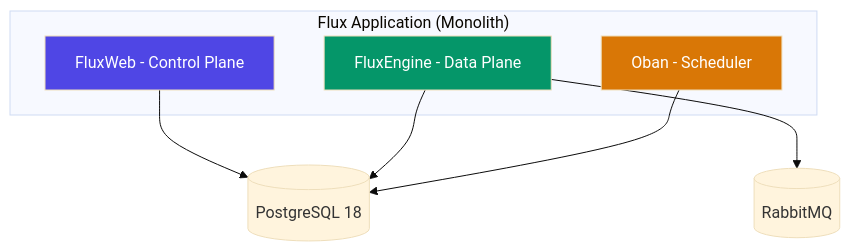
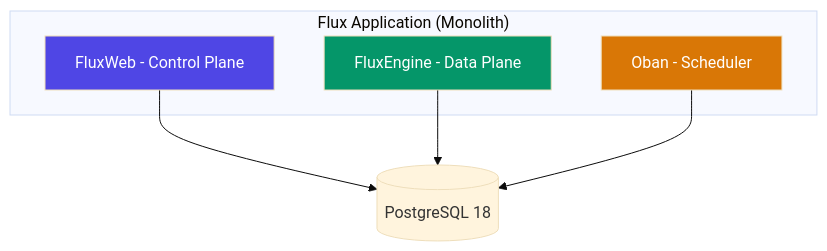
One commit to Mossa-Labs/flux changed the first of 2 diagrams in docs/operator_manual.md. Above: the diagram before and after it, drawn with Mermaid (base theme). The commit also changed other lines of this file and 38 other files, not shown here.

````diff
--- a/docs/operator_manual.md
+++ b/docs/operator_manual.md
@@ -286,17 +233,16 @@
 ```mermaid
 graph TB
     subgraph "Flux Application (Monolith)"
         WEB[FluxWeb - Control Plane]
         ENGINE[FluxEngine - Data Plane]
         OBAN[Oban - Scheduler]
     end
 
     WEB --> DB[(PostgreSQL 18)]
     ENGINE --> DB
     OBAN --> DB
-    ENGINE --> MQ[(RabbitMQ)]
 
     style WEB fill:#4f46e5,color:#fff
     style ENGINE fill:#059669,color:#fff
     style OBAN fill:#d97706,color:#fff
 ```
````
